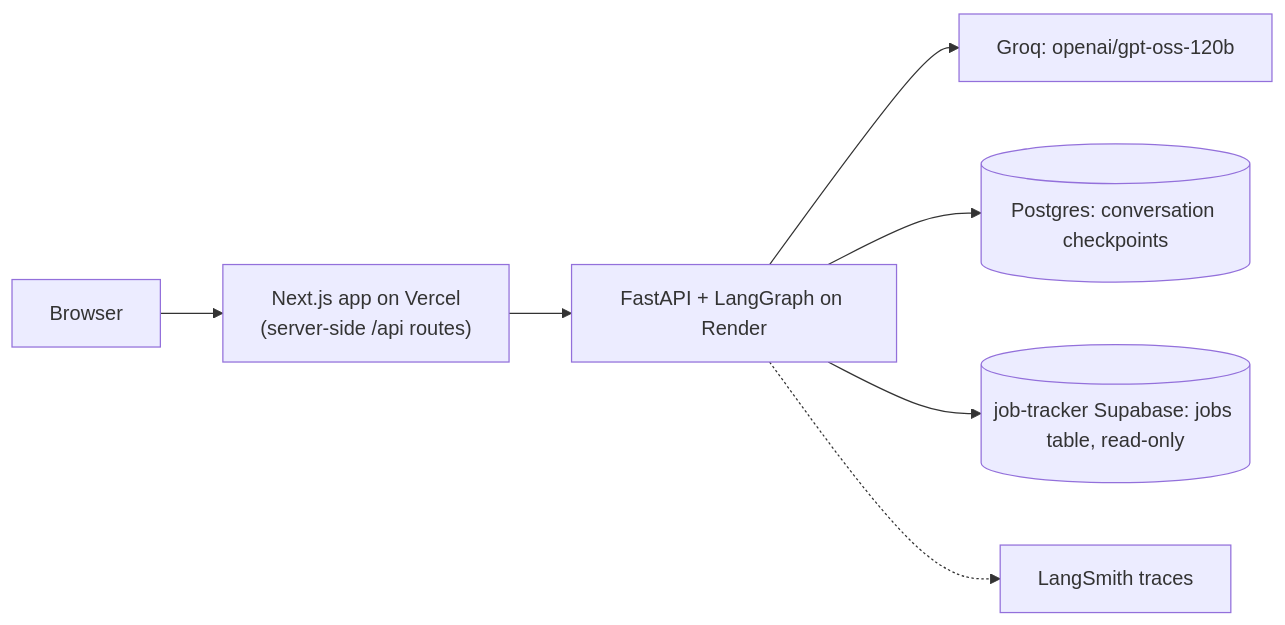
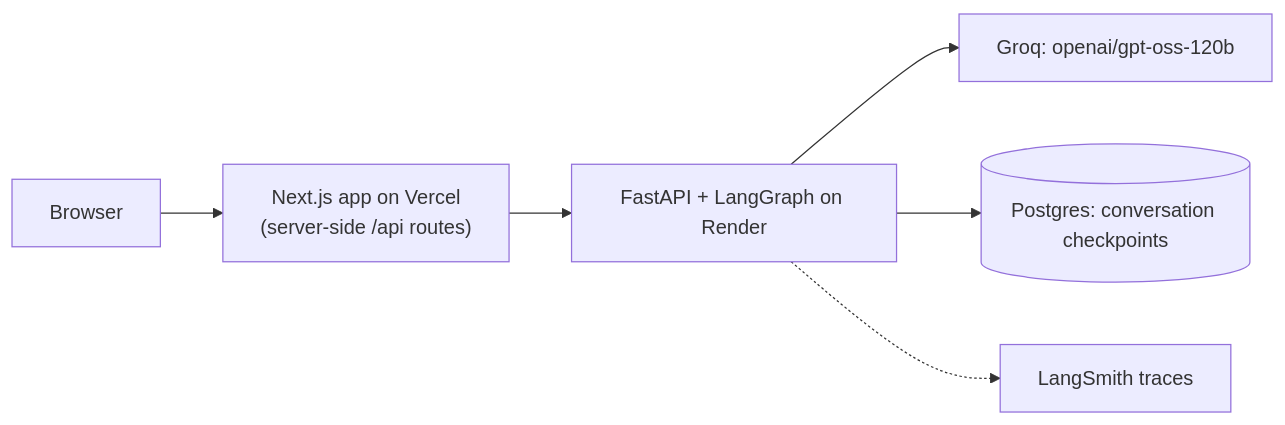
The second of 2 diagrams in readme.md (SafinMahmud/xbuddy-template), drawn with Mermaid before and after one commit. The commit also changed other lines of this file and 1 other file, not shown here.

First line of the commit message:
docs: architecture explanation, demo placeholder, README matches the tool removal

````diff
--- a/readme.md
+++ b/readme.md
@@ -66,9 +65,8 @@
 ```mermaid
 flowchart LR
     B[Browser] --> V["Next.js app on Vercel<br/>(server-side /api routes)"]
     V --> A["FastAPI + LangGraph on Render"]
     A --> L["Groq: openai/gpt-oss-120b"]
     A --> P[("Postgres: conversation checkpoints")]
-    A --> J[("job-tracker Supabase: jobs table, read-only")]
     A -.-> S["LangSmith traces"]
 ```
````
